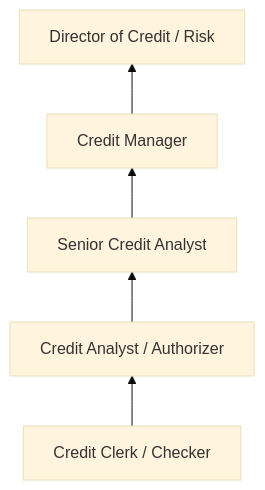
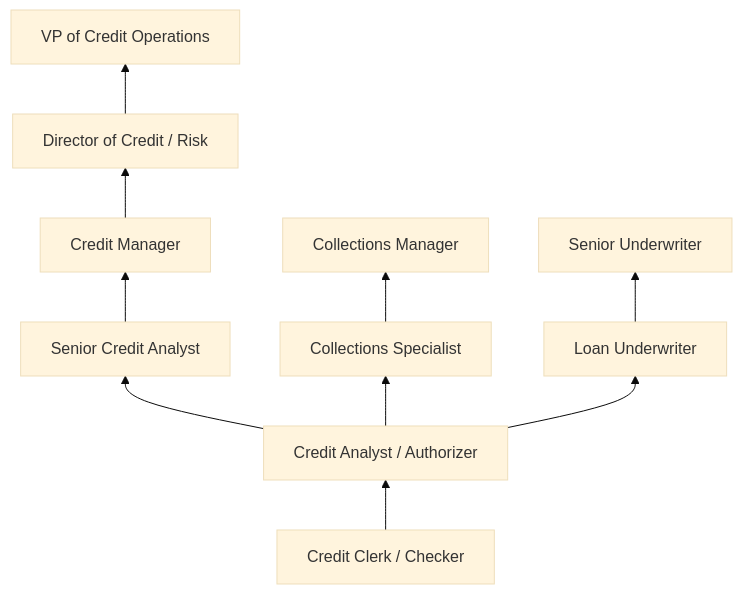
The third of 4 diagrams in occupations/Administrative/CreditAuthorizersCheckersAndClerks.mdx (kziemski/business.org.ai), drawn with Mermaid (base theme) before and after one commit. The commit also changed other lines of this file and 19 other files, not shown here.

````diff
--- a/occupations/Administrative/CreditAuthorizersCheckersAndClerks.mdx
+++ b/occupations/Administrative/CreditAuthorizersCheckersAndClerks.mdx
@@ -77,7 +137,14 @@
 ```mermaid
 graph BT
     Entry["Credit Clerk / Checker"] --> Mid["Credit Analyst / Authorizer"]
     Mid --> Senior["Senior Credit Analyst"]
     Senior --> Manager["Credit Manager"]
     Manager --> Director["Director of Credit / Risk"]
+    Director --> VP["VP of Credit Operations"]
+
+    Mid --> Specialist["Collections Specialist"]
+    Specialist --> CollMgr["Collections Manager"]
+
+    Mid --> Underwriter["Loan Underwriter"]
+    Underwriter --> SrUnderwriter["Senior Underwriter"]
 ```
````
